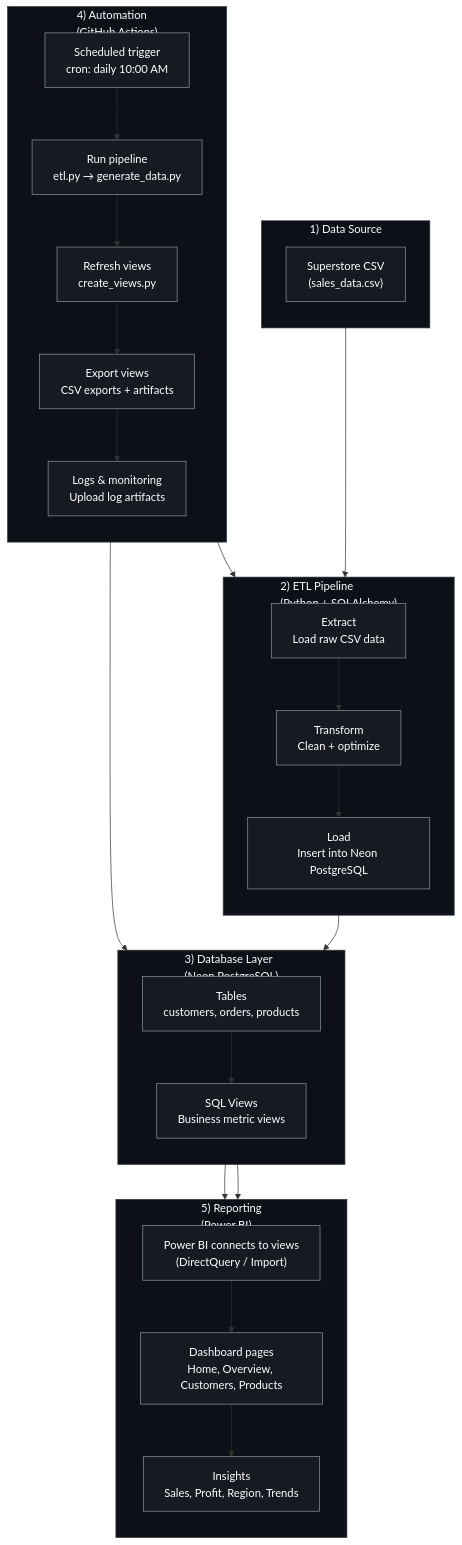
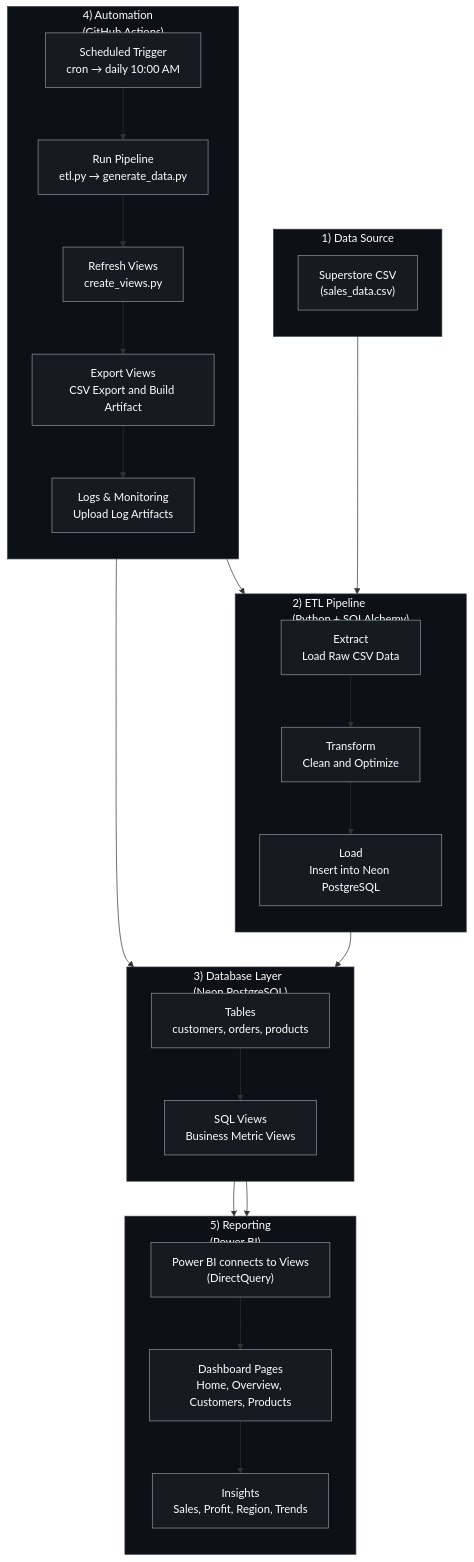
One commit to themrityunjaypathak/Dashly changed the diagram in README.md. Above: the diagram before and after it, drawn with Mermaid. The commit also changed other lines of this file, not shown here.

````diff
--- a/README.md
+++ b/README.md
@@ -1102,53 +1110,53 @@
 ```mermaid
 flowchart TB
 
   subgraph S1["1) Data Source"]
     direction TB
     A["Superstore CSV<br/>(sales_data.csv)"]
   end
 
   subgraph S2["2) ETL Pipeline<br/>(Python + SQLAlchemy)"]
     direction TB
-    B["Extract<br/>Load raw CSV data"]
-    C["Transform<br/>Clean + optimize"]
+    B["Extract<br/>Load Raw CSV Data"]
+    C["Transform<br/>Clean and Optimize"]
     D["Load<br/>Insert into Neon PostgreSQL"]
   end
 
   subgraph S3["3) Database Layer<br/>(Neon PostgreSQL)"]
     direction TB
     E["Tables<br/>customers, orders, products"]
-    F["SQL Views<br/>Business metric views"]
+    F["SQL Views<br/>Business Metric Views"]
   end
 
   subgraph S4["4) Automation<br/>(GitHub Actions)"]
     direction TB
-    G["Scheduled trigger<br/>cron: daily 10:00 AM"]
-    H["Run pipeline<br/>etl.py → generate_data.py"]
-    I["Refresh views<br/>create_views.py"]
-    J["Export views<br/>CSV exports + artifacts"]
-    K["Logs & monitoring<br/>Upload log artifacts"]
+    G["Scheduled Trigger<br/>cron → daily 10:00 AM"]
+    H["Run Pipeline<br/>etl.py → generate_data.py"]
+    I["Refresh Views<br/>create_views.py"]
+    J["Export Views<br/>CSV Export and Build Artifact"]
+    K["Logs & Monitoring<br/>Upload Log Artifacts"]
   end
 
   subgraph S5["5) Reporting<br/>(Power BI)"]
     direction TB
-    L["Power BI connects to views<br/>(DirectQuery / Import)"]
-    M["Dashboard pages<br/>Home, Overview, Customers, Products"]
+    L["Power BI connects to Views<br/>(DirectQuery)"]
+    M["Dashboard Pages<br/>Home, Overview, Customers, Products"]
     N["Insights<br/>Sales, Profit, Region, Trends"]
   end
 
   %% Main data flow
   A --> B --> C --> D --> E --> F --> L --> M --> N
 
   %% Automation flow
   G --> H --> I --> J --> K
   H --> D
   I --> F
   F --> L
 
   %% Minimal GitHub-safe dark styling
   classDef block fill:#0d1117,stroke:#30363d,stroke-width:1px,color:#ffffff;
   classDef step  fill:#161b22,stroke:#8b949e,stroke-width:1px,color:#ffffff;
 
   class S1,S2,S3,S4,S5 block;
   class A,B,C,D,E,F,G,H,I,J,K,L,M,N step;
 ```
````
